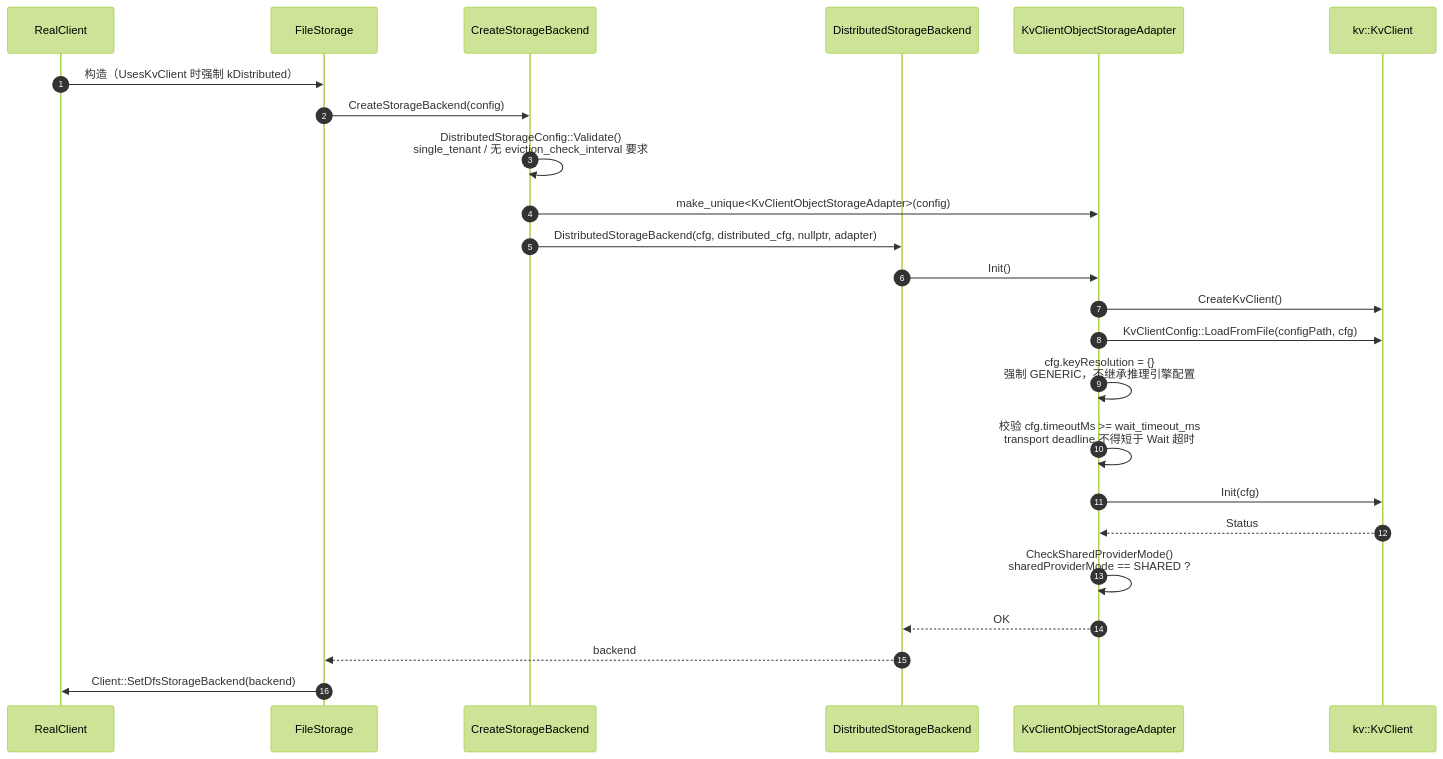
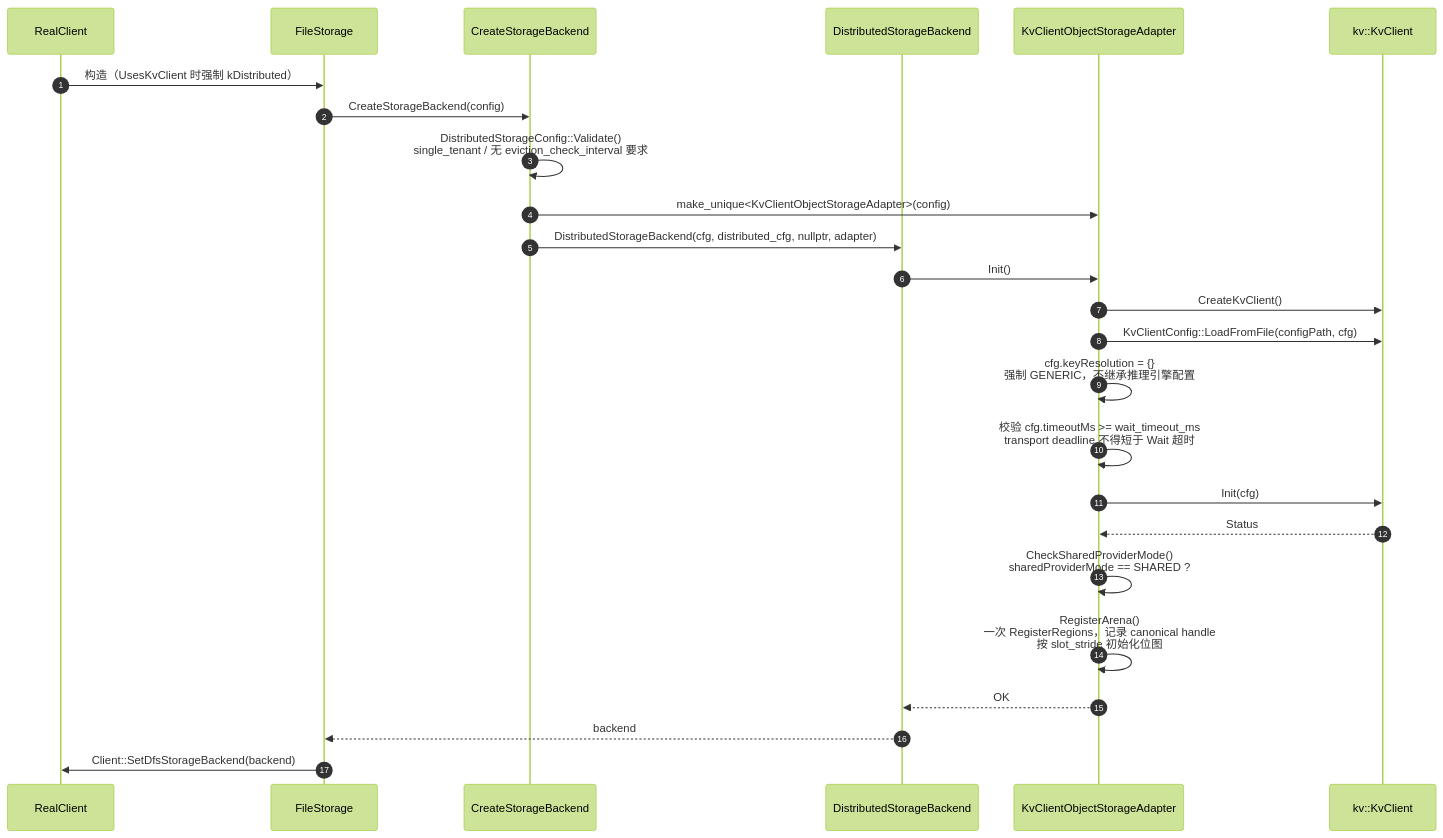
One commit to zwj20000328-dotcom/Mooncake-documents changed the eighth of 13 diagrams in Mooncake + KVClient L3 接入（Kvcs）- v3.md. Above: the diagram before and after it, drawn with Mermaid (forest theme). The commit also changed other lines of this file, not shown here.

First line of the commit message:
docs: switch the data path to one arena with per-call slots

````diff
--- a/Mooncake + KVClient L3 接入（Kvcs）- v3.md
+++ b/Mooncake + KVClient L3 接入（Kvcs）- v3.md
@@ -551,27 +551,28 @@
 ```mermaid
 sequenceDiagram
     autonumber
     participant RC as RealClient
     participant FS as FileStorage
     participant F as CreateStorageBackend
     participant BE as DistributedStorageBackend
     participant AD as KvClientObjectStorageAdapter
     participant SDK as kv::KvClient
 
     RC->>FS: 构造（UsesKvClient 时强制 kDistributed）
     FS->>F: CreateStorageBackend(config)
     F->>F: DistributedStorageConfig::Validate()<br/>single_tenant / 无 eviction_check_interval 要求
     F->>AD: make_unique<KvClientObjectStorageAdapter>(config)
     F->>BE: DistributedStorageBackend(cfg, distributed_cfg, nullptr, adapter)
     BE->>AD: Init()
     AD->>SDK: CreateKvClient()
     AD->>SDK: KvClientConfig::LoadFromFile(configPath, cfg)
     AD->>AD: cfg.keyResolution = {}<br/>强制 GENERIC，不继承推理引擎配置
     AD->>AD: 校验 cfg.timeoutMs >= wait_timeout_ms<br/>transport deadline 不得短于 Wait 超时
     AD->>SDK: Init(cfg)
     SDK-->>AD: Status
     AD->>AD: CheckSharedProviderMode()<br/>sharedProviderMode == SHARED ?
+    AD->>AD: RegisterArena()<br/>一次 RegisterRegions，记录 canonical handle<br/>按 slot_stride 初始化位图
     AD-->>BE: OK
     BE-->>FS: backend
     FS->>RC: Client::SetDfsStorageBackend(backend)
 ```
````
